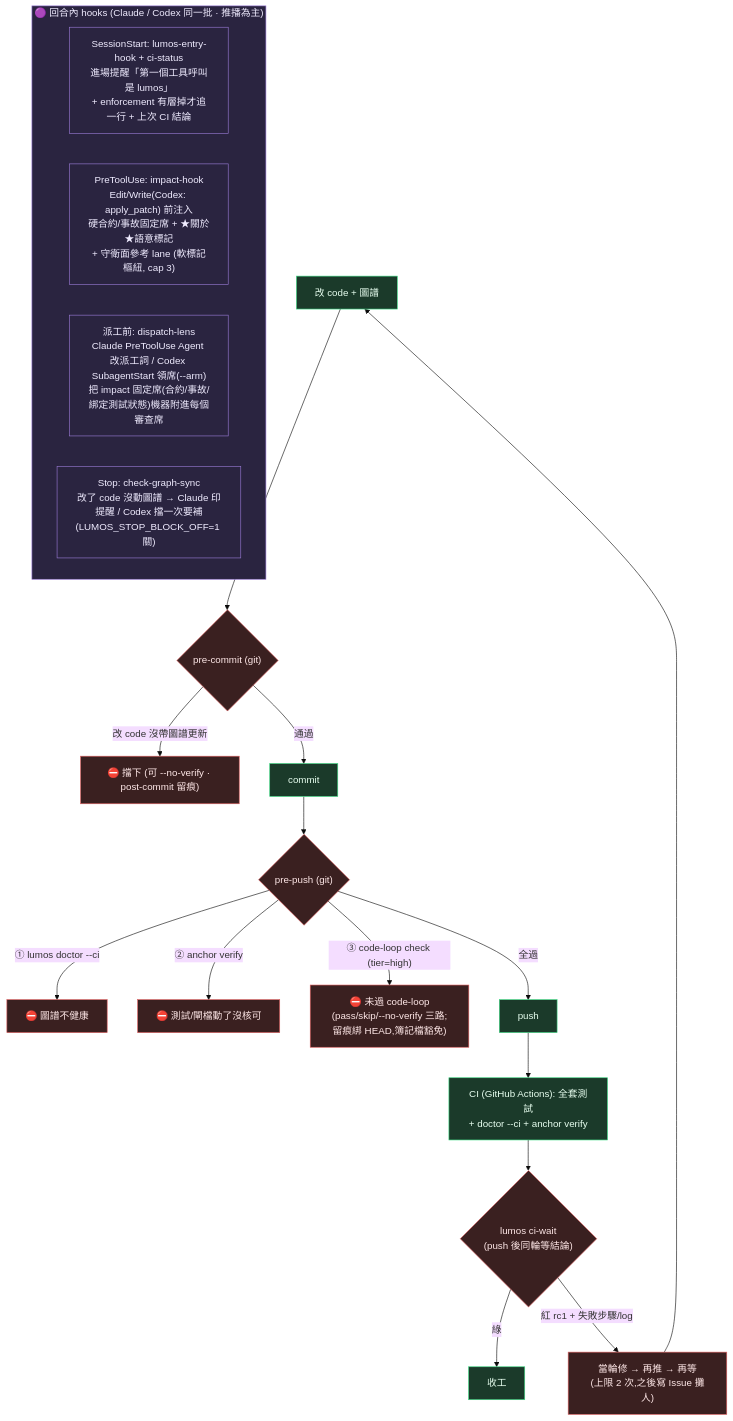
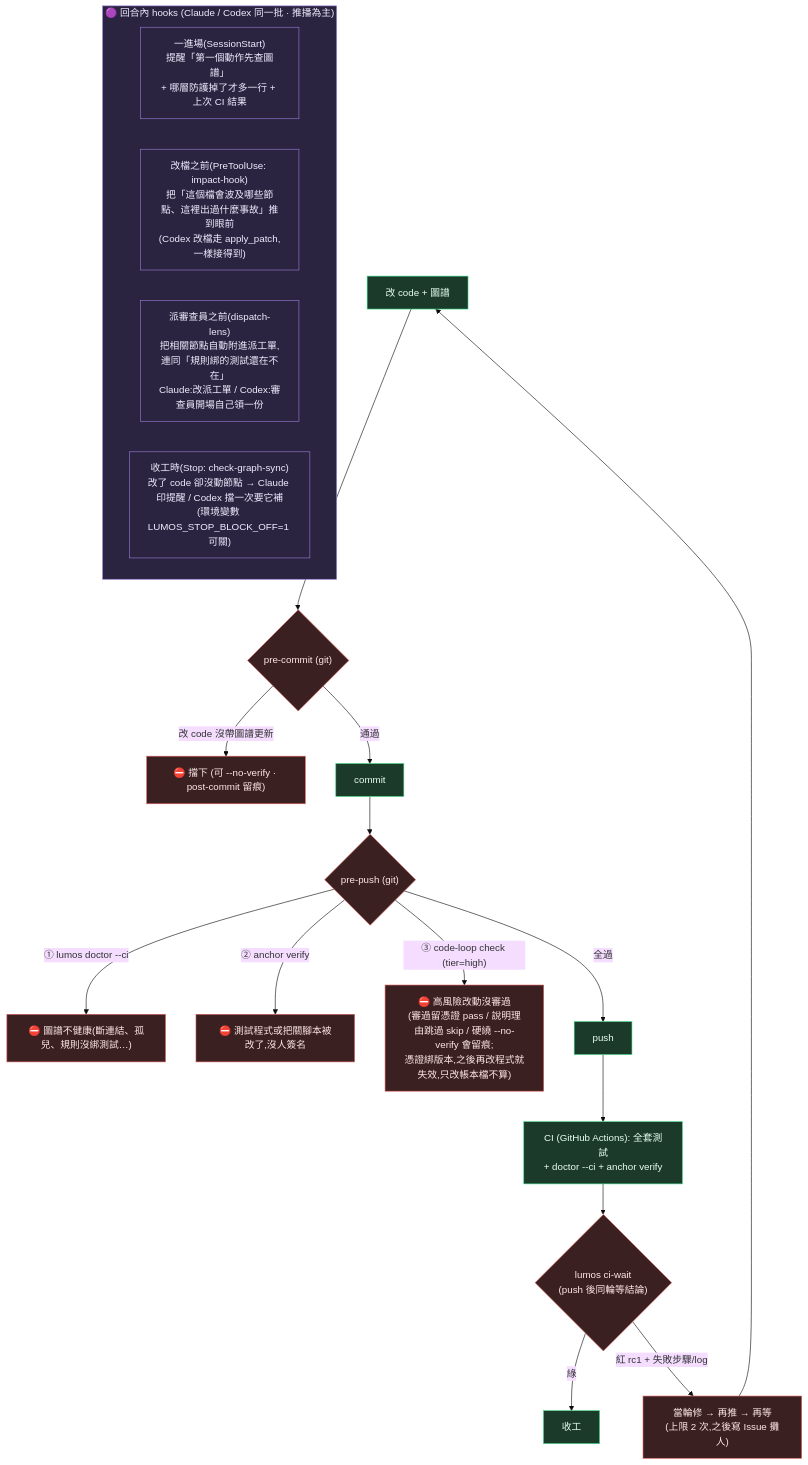
The fourth of 5 diagrams in ARCHITECTURE.md (EnzoHsieh-Android/Lumos), drawn with Mermaid (base theme) before and after one commit. The commit also changed other lines of this file and 4 other files, not shown here.

First line of the commit message:
docs(架構圖): 白話化+統一口徑——四張圖的新標籤與 §5 全段改白話(機制名退到括號);規則本/筆記庫一律改「節點/圖譜」並在全景圖開頭定義兩個詞;§5 改直式;全部十張圖用 mermaid-cli 真渲染確認畫得出

````diff
--- a/ARCHITECTURE.md
+++ b/ARCHITECTURE.md
@@ -145,32 +145,32 @@
 ```mermaid
 flowchart TB
     subgraph BEFORE["🟣 回合內 hooks (Claude / Codex 同一批 · 推播為主)"]
-        ENTRY["SessionStart: lumos-entry-hook + ci-status<br/>進場提醒「第一個工具呼叫是 lumos」<br/>+ enforcement 有層掉才追一行 + 上次 CI 結論"]
-        PRE["PreToolUse: impact-hook<br/>Edit/Write(Codex: apply_patch) 前注入<br/>硬合約/事故固定席 + ★關於★語意標記<br/>+ 守衛面參考 lane (軟標記樞紐, cap 3)"]
-        LENS["派工前: dispatch-lens<br/>Claude PreToolUse Agent 改派工詞 / Codex SubagentStart 領席(--arm)<br/>把 impact 固定席(合約/事故/綁定測試狀態)機器附進每個審查席"]
-        STOPH["Stop: check-graph-sync<br/>改了 code 沒動圖譜 → Claude 印提醒 / Codex 擋一次要補<br/>(LUMOS_STOP_BLOCK_OFF=1 關)"]
+        ENTRY["一進場(SessionStart)<br/>提醒「第一個動作先查圖譜」<br/>+ 哪層防護掉了才多一行 + 上次 CI 結果"]
+        PRE["改檔之前(PreToolUse: impact-hook)<br/>把「這個檔會波及哪些節點、這裡出過什麼事故」推到眼前<br/>(Codex 改檔走 apply_patch,一樣接得到)"]
+        LENS["派審查員之前(dispatch-lens)<br/>把相關節點自動附進派工單,連同「規則綁的測試還在不在」<br/>Claude:改派工單 / Codex:審查員開場自己領一份"]
+        STOPH["收工時(Stop: check-graph-sync)<br/>改了 code 卻沒動節點 → Claude 印提醒 / Codex 擋一次要它補<br/>(環境變數 LUMOS_STOP_BLOCK_OFF=1 可關)"]
     end
 
     EDIT["改 code + 圖譜"] --> PC{"pre-commit (git)"}
     PC -->|"改 code 沒帶圖譜更新"| BLOCK["⛔ 擋下 (可 --no-verify · post-commit 留痕)"]
     PC -->|通過| COMMIT["commit"]
 
     COMMIT --> PUSH{"pre-push (git)"}
-    PUSH -->|"① lumos doctor --ci"| PB1["⛔ 圖譜不健康"]
-    PUSH -->|"② anchor verify"| PB2["⛔ 測試/閘檔動了沒核可"]
-    PUSH -->|"③ code-loop check (tier=high)"| PB3["⛔ 未過 code-loop<br/>(pass/skip/--no-verify 三路;留痕綁 HEAD,簿記檔豁免)"]
+    PUSH -->|"① lumos doctor --ci"| PB1["⛔ 圖譜不健康(斷連結、孤兒、規則沒綁測試…)"]
+    PUSH -->|"② anchor verify"| PB2["⛔ 測試程式或把關腳本被改了,沒人簽名"]
+    PUSH -->|"③ code-loop check (tier=high)"| PB3["⛔ 高風險改動沒審過<br/>(審過留憑證 pass / 說明理由跳過 skip / 硬繞 --no-verify 會留痕;<br/>憑證綁版本,之後再改程式就失效,只改帳本檔不算)"]
     PUSH -->|全過| PASS["push"]
     PASS --> CI["CI (GitHub Actions): 全套測試<br/>+ doctor --ci + anchor verify"]
     CI --> WAIT{"lumos ci-wait<br/>(push 後同輪等結論)"}
     WAIT -->|綠| DONE["收工"]
     WAIT -->|"紅 rc1 + 失敗步驟/log"| FIX["當輪修 → 再推 → 再等<br/>(上限 2 次,之後寫 Issue 攤人)"]
     FIX --> EDIT
 
     classDef gate fill:#3a2020,stroke:#dc5b5b,color:#ffe8e8
     classDef ok fill:#1b3a2a,stroke:#3ddc84,color:#e8fff0
     classDef push fill:#2a2440,stroke:#9a7bd6,color:#f0ecff
     class PC,PUSH,BLOCK,PB1,PB2,PB3 gate
     class COMMIT,PASS,CI,EDIT,DONE ok
     class WAIT,FIX gate
     class BEFORE,ENTRY,PRE,LENS,STOPH push
 ```
````
